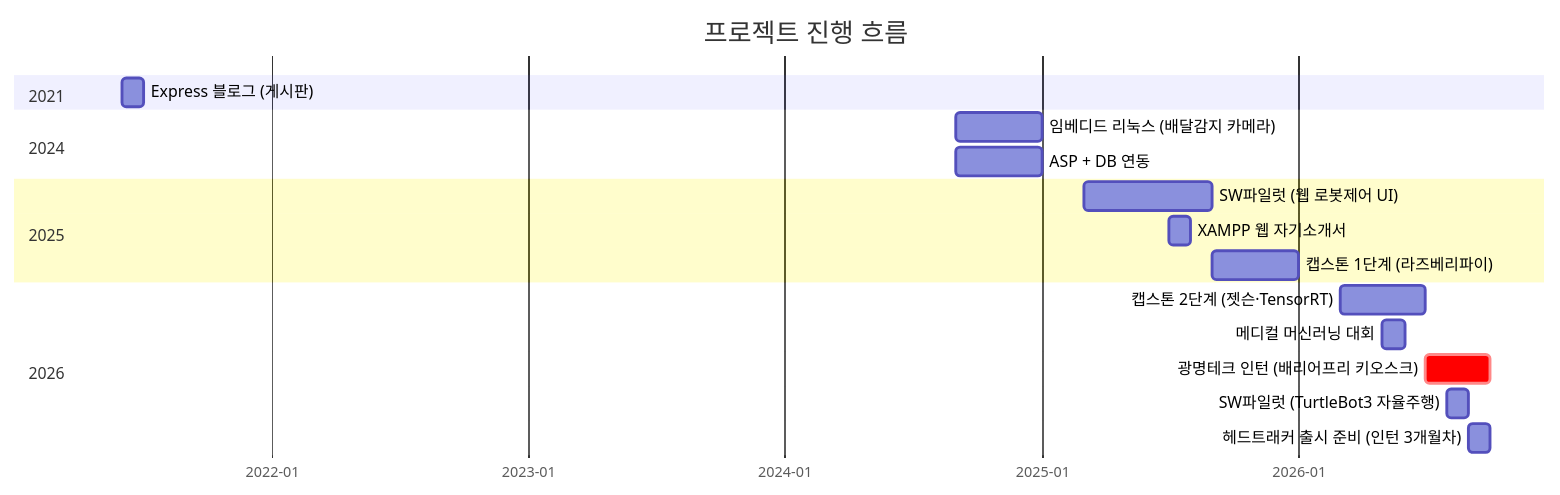
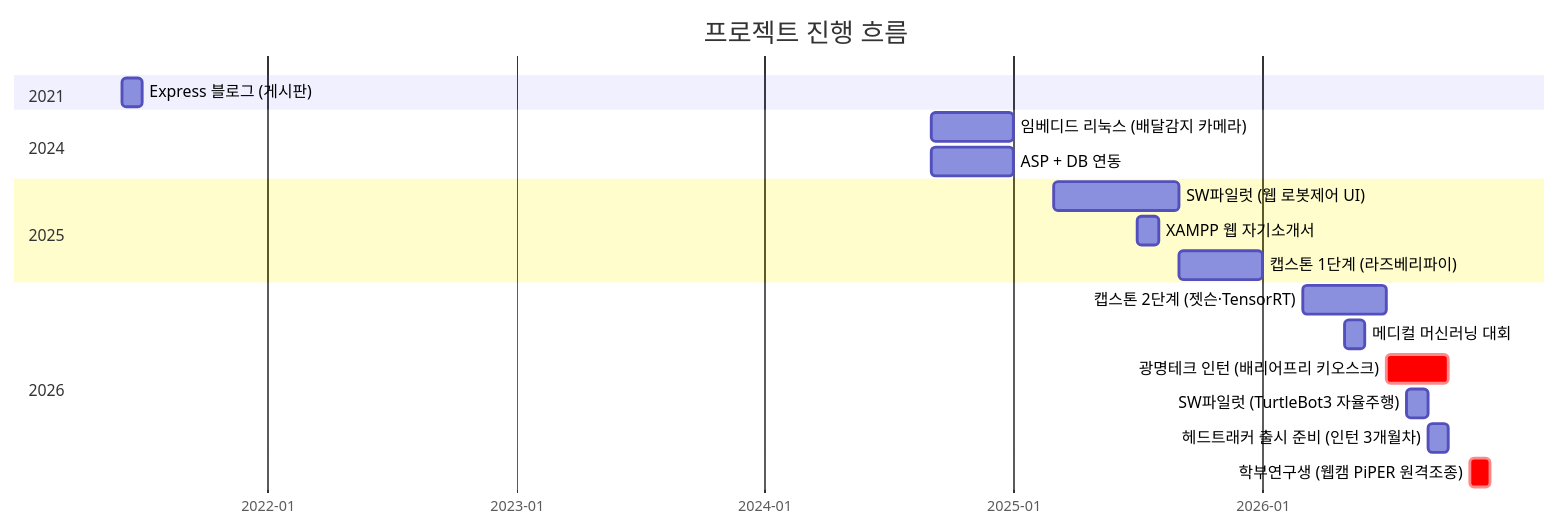
Before and after one commit to kakabab12/My_portfolio: the first of 3 diagrams in README.md, drawn with Mermaid. The commit also changed other lines of this file and 63 other files, not shown here.

Commit message:
2026/07 학부연구생 - 웹캠 PiPER 원격조종 추가: 코드·설명서, 11/15·11/20 연구 일지, 실물 시험 결과, 첫 화면 표·구조·타임라인에 넣음

````diff
--- a/README.md
+++ b/README.md
@@ -173,25 +182,26 @@
 ```mermaid
 gantt
     title 프로젝트 진행 흐름
     dateFormat YYYY-MM
     axisFormat %Y-%m
 
     section 2021
     Express 블로그 (게시판)            :2021-06, 1M
 
     section 2024
     임베디드 리눅스 (배달감지 카메라)   :2024-09, 4M
     ASP + DB 연동                      :2024-09, 4M
 
     section 2025
     SW파일럿 (웹 로봇제어 UI)          :2025-03, 6M
     XAMPP 웹 자기소개서                 :2025-07, 1M
     캡스톤 1단계 (라즈베리파이)          :2025-09, 4M
 
     section 2026
     캡스톤 2단계 (젯슨·TensorRT)        :2026-03, 4M
     메디컬 머신러닝 대회                :2026-05, 1M
     광명테크 인턴 (배리어프리 키오스크) :crit, 2026-07, 3M
     SW파일럿 (TurtleBot3 자율주행)     :2026-08, 1M
     헤드트래커 출시 준비 (인턴 3개월차) :2026-09, 1M
+    학부연구생 (웹캠 PiPER 원격조종)   :crit, 2026-11, 1M
 ```
````
